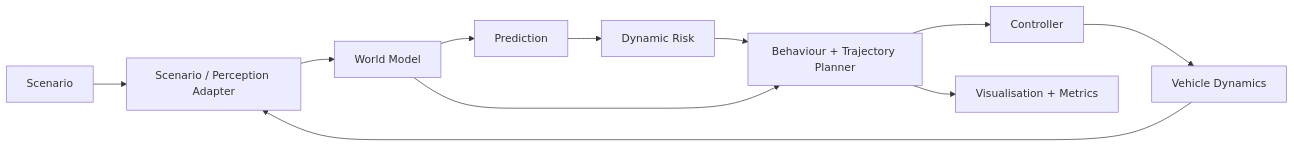
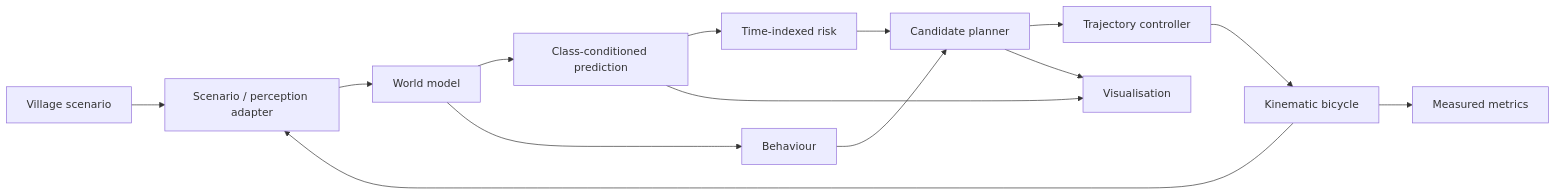
Before and after one commit to PathWeaverr/PathWeaver: the diagram in README.md, drawn with Mermaid. The commit also changed other lines of this file and 9 other files, not shown here.

Commit message:
docs(project): document verified prototype and roadmap

````diff
--- a/README.md
+++ b/README.md
@@ -39,13 +41,16 @@
 ```mermaid
 flowchart LR
-    Scenario --> Adapter[Scenario / Perception Adapter]
-    Adapter --> World[World Model]
-    World --> Prediction
-    Prediction --> Risk[Dynamic Risk]
-    Risk --> Planner[Behaviour + Trajectory Planner]
-    World --> Planner
-    Planner --> Controller
-    Controller --> Dynamics[Vehicle Dynamics]
-    Dynamics --> Adapter
-    Planner --> View[Visualisation + Metrics]
+    S[Village scenario] --> A[Scenario / perception adapter]
+    A --> W[World model]
+    W --> P[Class-conditioned prediction]
+    P --> R[Time-indexed risk]
+    W --> B[Behaviour]
+    R --> T[Candidate planner]
+    B --> T
+    T --> C[Trajectory controller]
+    C --> V[Kinematic bicycle]
+    V --> A
+    P --> Z[Visualisation]
+    T --> Z
+    V --> M[Measured metrics]
 ```
````
